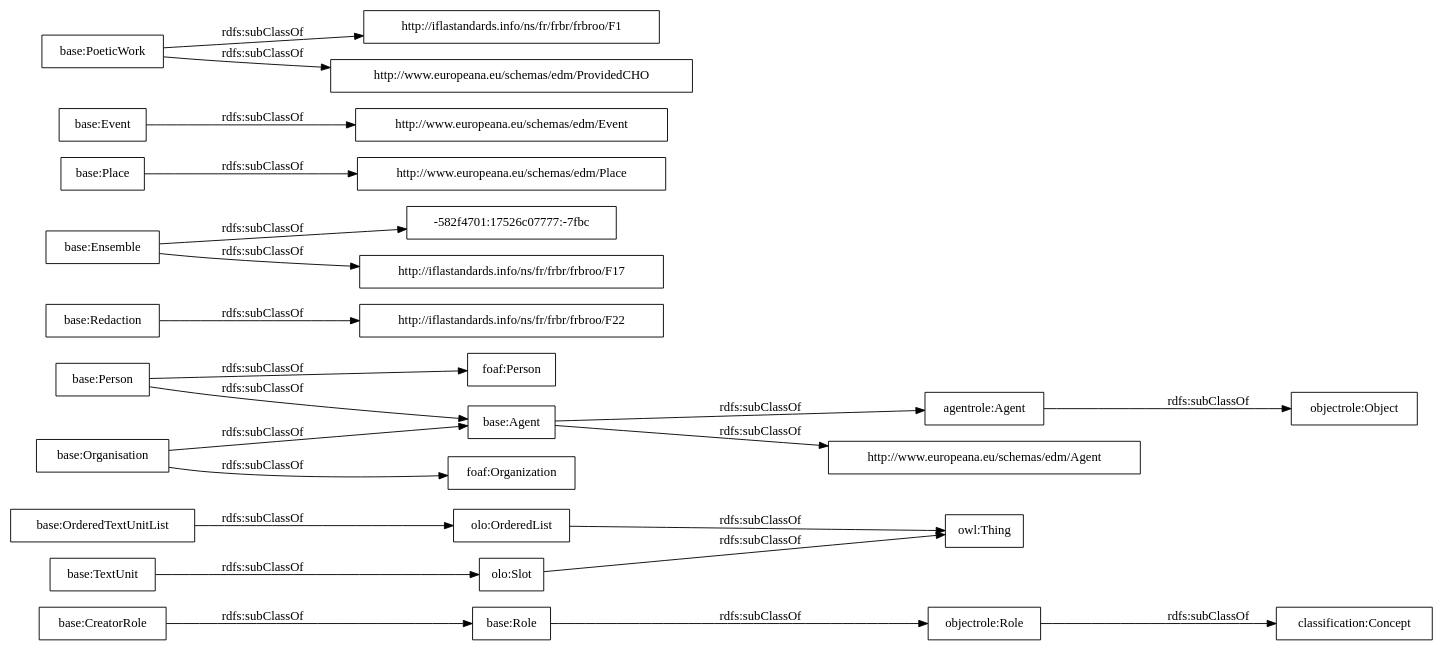
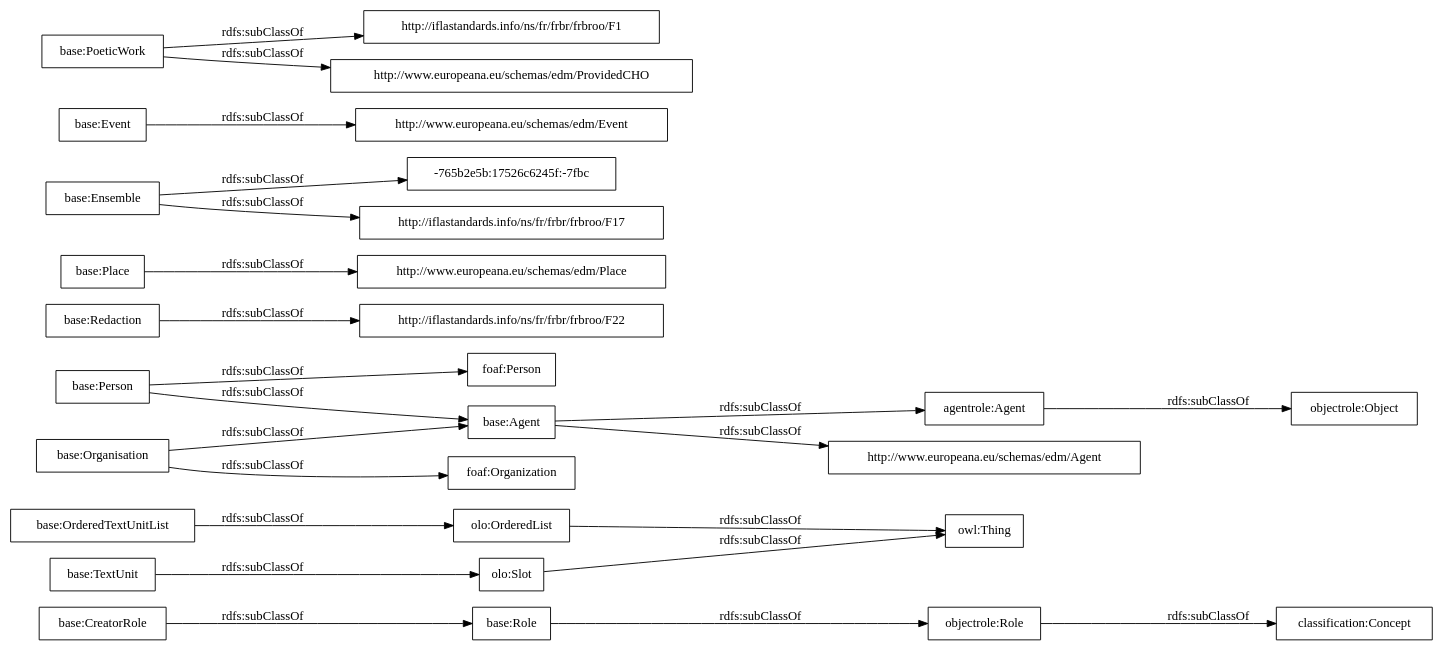
One commit to OnToologyUser/core-ontology-1 changed the diagram in OnToology/postdata-core.owl/diagrams/ar2dtool-taxonomy/postdata-core.owl.png.dot. Above: the diagram before and after it, drawn with Graphviz. The commit also changed 14 other files, not shown here.

```diff
--- a/OnToology/postdata-core.owl/diagrams/ar2dtool-taxonomy/postdata-core.owl.png.dot
+++ b/OnToology/postdata-core.owl/diagrams/ar2dtool-taxonomy/postdata-core.owl.png.dot
@@ -1,27 +1,27 @@
 digraph ar2dtool_diagram { 
 rankdir=LR;
 size="1000"
-node [shape = rectangle, color="black"]; "base:Role" "base:OrderedTextUnitList" "agentrole:Agent" "http://iflastandards.info/ns/fr/frbr/frbroo/F22" "http://www.europeana.eu/schemas/edm/Agent" "base:Agent" "-582f4701:17526c07777:-7fbc" "base:CreatorRole" "base:Person" "base:Organisation" "http://www.europeana.eu/schemas/edm/Place" "base:Redaction" "base:Ensemble" "foaf:Person" "http://www.europeana.eu/schemas/edm/Event" "base:TextUnit" "http://iflastandards.info/ns/fr/frbr/frbroo/F1" "foaf:Organization" "http://www.europeana.eu/schemas/edm/ProvidedCHO" "base:Place" "base:Event" "base:PoeticWork" "http://iflastandards.info/ns/fr/frbr/frbroo/F17" "owl:Thing" "objectrole:Role" "objectrole:Object" "olo:Slot" "olo:OrderedList" "classification:Concept" ; /*classes style*/
+node [shape = rectangle, color="black"]; "base:Role" "base:OrderedTextUnitList" "agentrole:Agent" "http://iflastandards.info/ns/fr/frbr/frbroo/F22" "http://www.europeana.eu/schemas/edm/Agent" "base:Agent" "base:CreatorRole" "base:Person" "base:Organisation" "http://www.europeana.eu/schemas/edm/Place" "base:Redaction" "base:Ensemble" "foaf:Person" "http://www.europeana.eu/schemas/edm/Event" "-765b2e5b:17526c6245f:-7fbc" "base:TextUnit" "http://iflastandards.info/ns/fr/frbr/frbroo/F1" "foaf:Organization" "http://www.europeana.eu/schemas/edm/ProvidedCHO" "base:Place" "base:Event" "base:PoeticWork" "http://iflastandards.info/ns/fr/frbr/frbroo/F17" "owl:Thing" "objectrole:Role" "objectrole:Object" "olo:Slot" "olo:OrderedList" "classification:Concept" ; /*classes style*/
 	"base:Redaction" -> "http://iflastandards.info/ns/fr/frbr/frbroo/F22" [ label = "rdfs:subClassOf" ];
 	"base:Role" -> "objectrole:Role" [ label = "rdfs:subClassOf" ];
 	"base:Event" -> "http://www.europeana.eu/schemas/edm/Event" [ label = "rdfs:subClassOf" ];
 	"base:Person" -> "foaf:Person" [ label = "rdfs:subClassOf" ];
 	"base:Person" -> "base:Agent" [ label = "rdfs:subClassOf" ];
 	"olo:OrderedList" -> "owl:Thing" [ label = "rdfs:subClassOf" ];
 	"olo:Slot" -> "owl:Thing" [ label = "rdfs:subClassOf" ];
 	"base:PoeticWork" -> "http://www.europeana.eu/schemas/edm/ProvidedCHO" [ label = "rdfs:subClassOf" ];
 	"base:PoeticWork" -> "http://iflastandards.info/ns/fr/frbr/frbroo/F1" [ label = "rdfs:subClassOf" ];
 	"base:TextUnit" -> "olo:Slot" [ label = "rdfs:subClassOf" ];
 	"agentrole:Agent" -> "objectrole:Object" [ label = "rdfs:subClassOf" ];
-	"base:Ensemble" -> "-582f4701:17526c07777:-7fbc" [ label = "rdfs:subClassOf" ];
+	"base:Ensemble" -> "-765b2e5b:17526c6245f:-7fbc" [ label = "rdfs:subClassOf" ];
 	"base:Ensemble" -> "http://iflastandards.info/ns/fr/frbr/frbroo/F17" [ label = "rdfs:subClassOf" ];
 	"base:OrderedTextUnitList" -> "olo:OrderedList" [ label = "rdfs:subClassOf" ];
 	"base:Agent" -> "agentrole:Agent" [ label = "rdfs:subClassOf" ];
 	"base:Agent" -> "http://www.europeana.eu/schemas/edm/Agent" [ label = "rdfs:subClassOf" ];
 	"objectrole:Role" -> "classification:Concept" [ label = "rdfs:subClassOf" ];
 	"base:Place" -> "http://www.europeana.eu/schemas/edm/Place" [ label = "rdfs:subClassOf" ];
 	"base:Organisation" -> "foaf:Organization" [ label = "rdfs:subClassOf" ];
 	"base:Organisation" -> "base:Agent" [ label = "rdfs:subClassOf" ];
 	"base:CreatorRole" -> "base:Role" [ label = "rdfs:subClassOf" ];
 
 }
```
